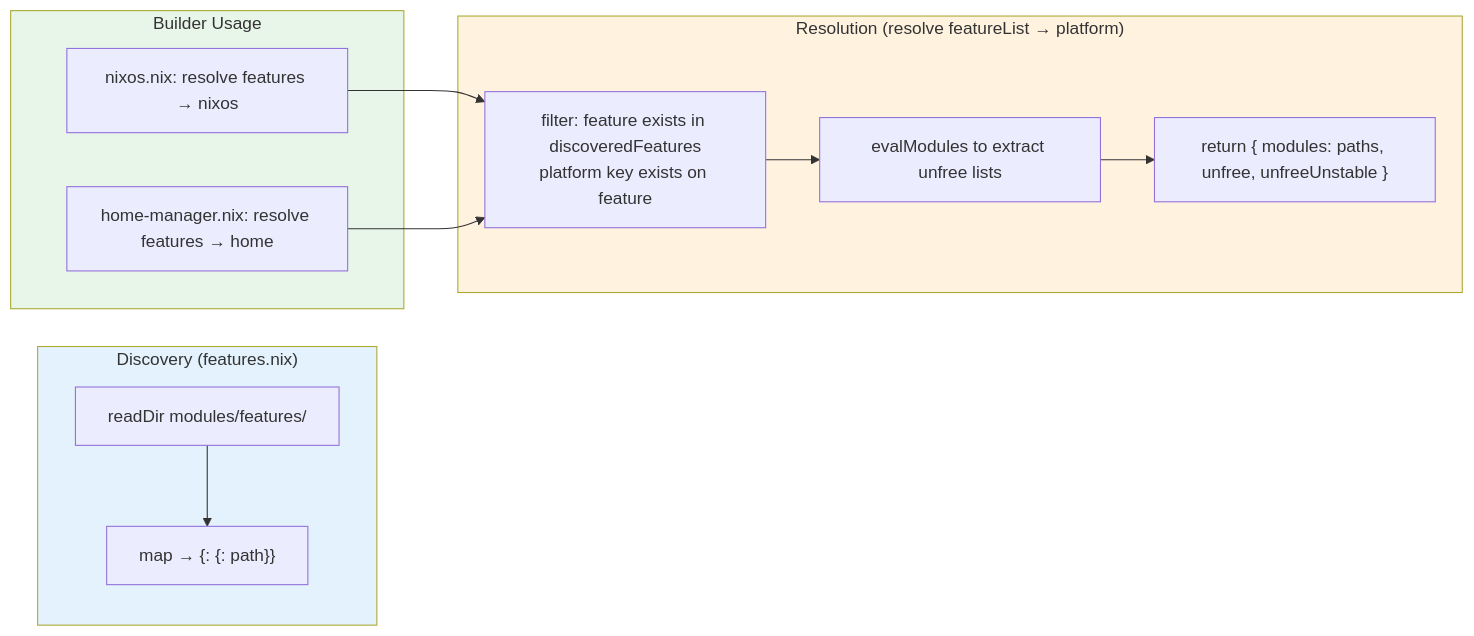
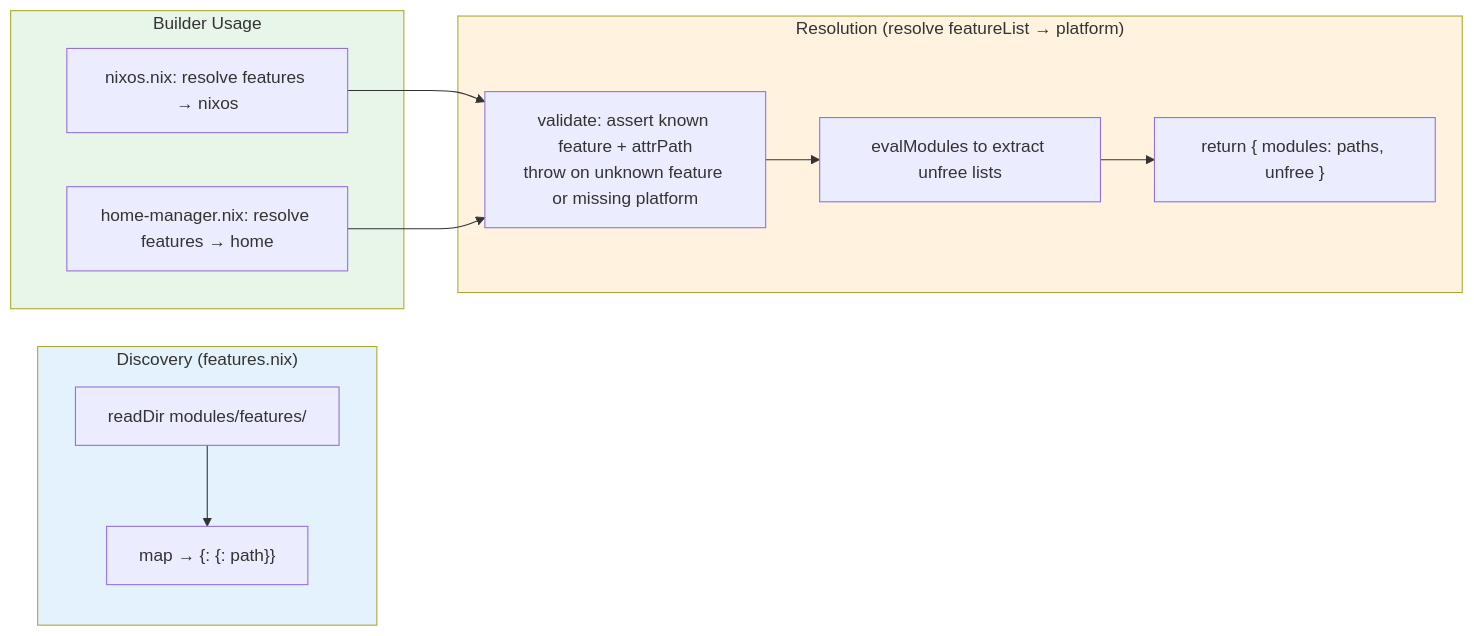
Before and after one commit to WombatFromHell/automatic-palm-tree: the fourth of 8 diagrams in DESIGN.md, drawn with Mermaid. The commit also changed other lines of this file and 10 other files, not shown here.

````diff
--- a/DESIGN.md
+++ b/DESIGN.md
@@ -155,29 +159,29 @@
 ```mermaid
 flowchart LR
     subgraph Discover ["Discovery (features.nix)"]
         scan["readDir modules/features/"]
         map["map → {<feature>: {<platform>: path}}"]
     end
 
     subgraph Resolve ["Resolution (resolve featureList → platform)"]
-        validate["filter: feature exists in discoveredFeatures\nplatform key exists on feature"]
+        validate["validate: assert known feature + attrPath\nthrow on unknown feature or missing platform"]
         dryEval["evalModules to extract unfree lists"]
-        return["return { modules: paths, unfree, unfreeUnstable }"]
+        return["return { modules: paths, unfree }"]
     end
 
     subgraph Usage ["Builder Usage"]
         nixosFeat["nixos.nix: resolve features → nixos"]
         hmFeat["home-manager.nix: resolve features → home"]
     end
 
     scan --> map
 
     validate --> dryEval --> return
 
     nixosFeat --> validate
     hmFeat --> validate
 
     style Discover fill:#e3f2fd
     style Resolve fill:#fff3e0
     style Usage fill:#e8f5e9
 ```
````
